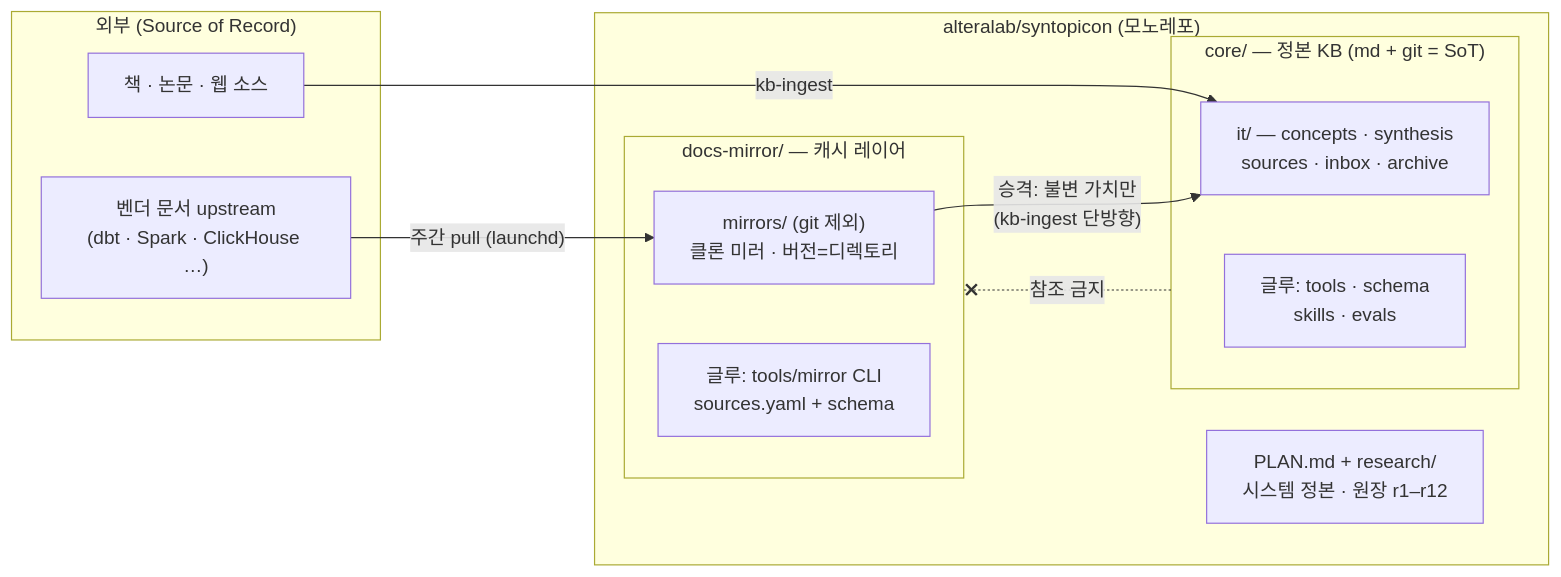
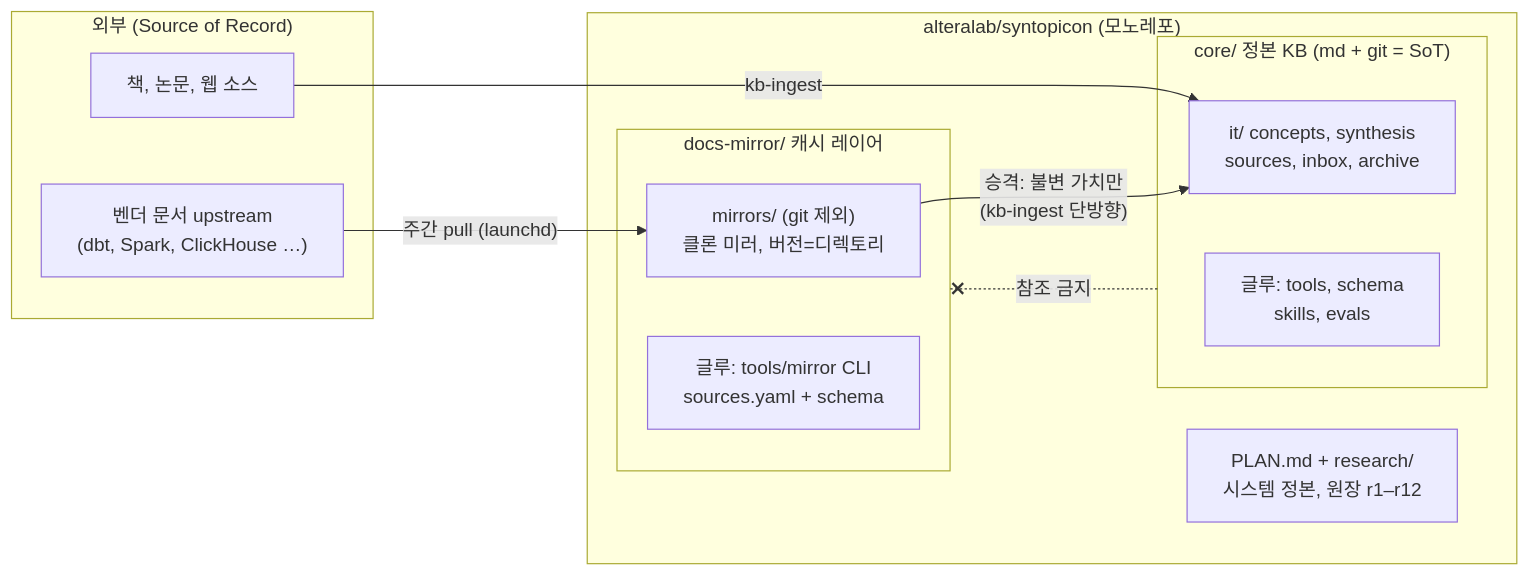
The first of 3 diagrams in README.md (alteralab/syntopicon), drawn with Mermaid before and after one commit. The commit also changed other lines of this file, not shown here.

First line of the commit message:
plan: README를 humanwrite 규칙으로 교정 — 엠대시 15+→0, 가운뎃점 전거

````diff
--- a/README.md
+++ b/README.md
@@ -13,24 +13,24 @@
 ```mermaid
 flowchart LR
     subgraph EXT["외부 (Source of Record)"]
-        UP["벤더 문서 upstream<br/>(dbt · Spark · ClickHouse …)"]
-        SRC["책 · 논문 · 웹 소스"]
+        UP["벤더 문서 upstream<br/>(dbt, Spark, ClickHouse …)"]
+        SRC["책, 논문, 웹 소스"]
     end
 
     subgraph REPO["alteralab/syntopicon (모노레포)"]
-        subgraph DM["docs-mirror/ — 캐시 레이어"]
-            MIR["mirrors/ (git 제외)<br/>클론 미러 · 버전=디렉토리"]
+        subgraph DM["docs-mirror/ 캐시 레이어"]
+            MIR["mirrors/ (git 제외)<br/>클론 미러, 버전=디렉토리"]
             GLUE["글루: tools/mirror CLI<br/>sources.yaml + schema"]
         end
-        subgraph CORE["core/ — 정본 KB (md + git = SoT)"]
-            IT["it/ — concepts · synthesis<br/>sources · inbox · archive"]
-            CG["글루: tools · schema<br/>skills · evals"]
+        subgraph CORE["core/ 정본 KB (md + git = SoT)"]
+            IT["it/ concepts, synthesis<br/>sources, inbox, archive"]
+            CG["글루: tools, schema<br/>skills, evals"]
         end
-        PLAN["PLAN.md + research/<br/>시스템 정본 · 원장 r1–r12"]
+        PLAN["PLAN.md + research/<br/>시스템 정본, 원장 r1–r12"]
     end
 
     UP -- "주간 pull (launchd)" --> MIR
     SRC -- "kb-ingest" --> IT
     MIR -- "승격: 불변 가치만<br/>(kb-ingest 단방향)" --> IT
     CORE -. "참조 금지" .-x DM
 ```
````
